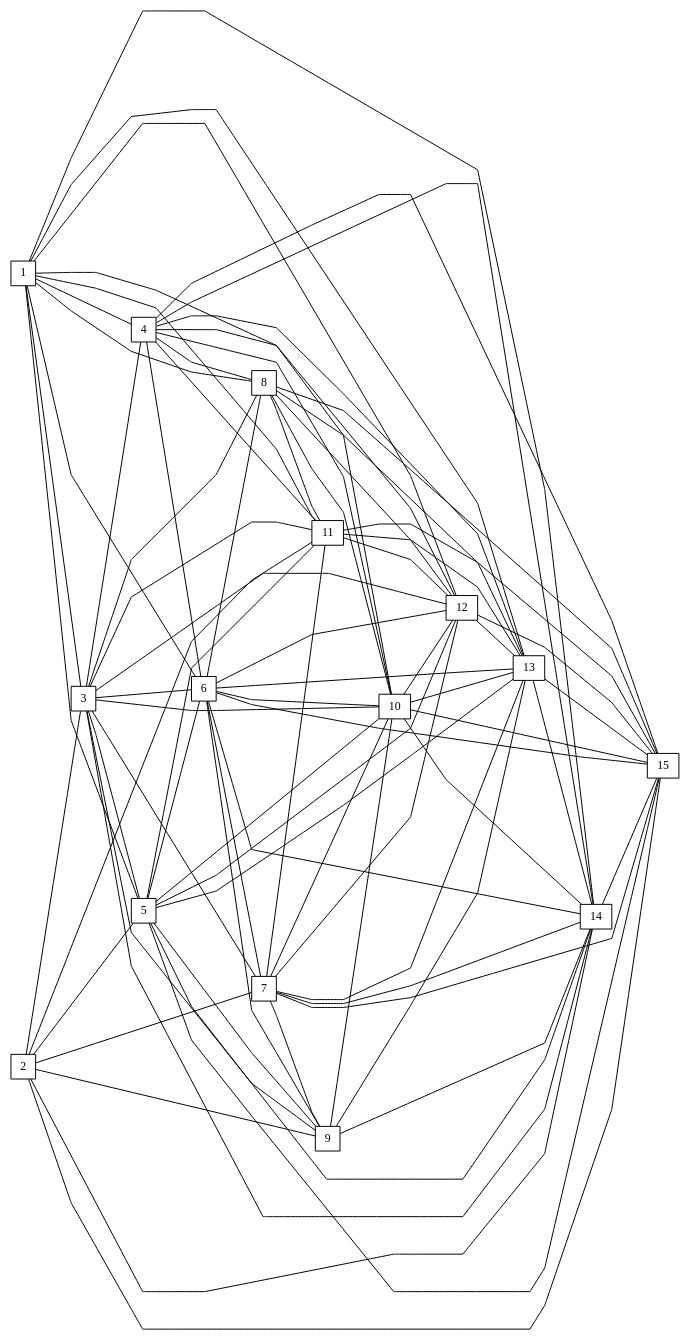
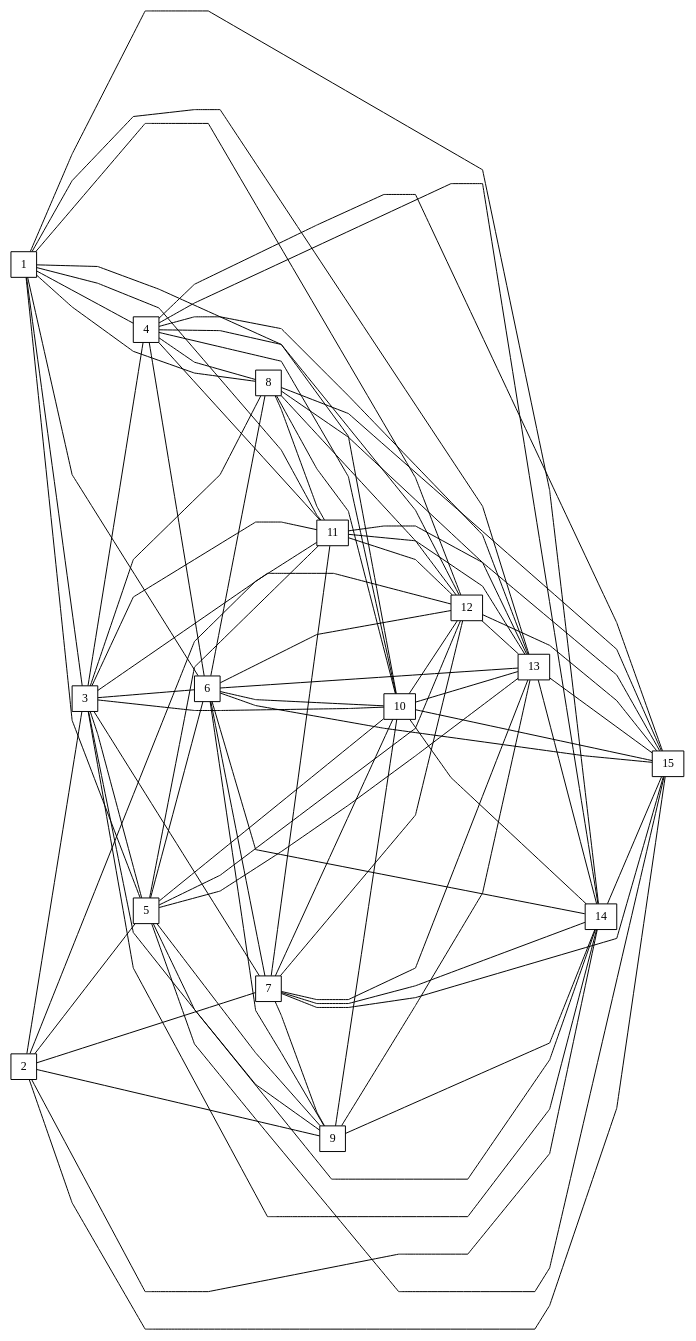
Before and after one commit to LSI-UniKonstanz/vanted: the diagram in stressminimization/Graphs/Custom/15-node-graph.dot, drawn with Graphviz. The commit also changed 4 other files, not shown here.

```diff
--- a/stressminimization/Graphs/Custom/15-node-graph.dot
+++ b/stressminimization/Graphs/Custom/15-node-graph.dot
@@ -1,97 +1,97 @@
 graph myGraph {
 node [label="\N", shape=box, fontsize=12];
-graph [overlap="false",splines="polyline",rankdir="LR",bb="0,0,456,458"]
-    1 [ label = "1" , height="0.35", width="0.35", pos="369,349"];
-    2 [ label = "2" , height="0.35", width="0.35", pos="302,388"];
-    3 [ label = "3" , height="0.35", width="0.35", pos="225,396"];
-    4 [ label = "4" , height="0.35", width="0.35", pos="151,372"];
-    5 [ label = "5" , height="0.35", width="0.35", pos="94,320"];
-    6 [ label = "6" , height="0.35", width="0.35", pos="62,249"];
-    7 [ label = "7" , height="0.35", width="0.35", pos="62,172"];
-    8 [ label = "8" , height="0.35", width="0.35", pos="415,286"];
-    9 [ label = "9" , height="0.35", width="0.35", pos="94,101"];
-    10 [ label = "10" , height="0.35", width="0.35", pos="151,49"];
-    11 [ label = "11" , height="0.35", width="0.35", pos="225,25"];
-    12 [ label = "12" , height="0.35", width="0.35", pos="302,33"];
-    13 [ label = "13" , height="0.35", width="0.35", pos="369,72"];
-    14 [ label = "14" , height="0.35", width="0.35", pos="415,134"];
-    15 [ label = "15" , height="0.35", width="0.35", pos="431,210"];
+graph [overlap="false",splines="polyline",rankdir="LR",bb="0,0,393,398"]
+    1 [ label = "1" , height="0.36", width="0.36", pos="139,97"];
+    2 [ label = "2" , height="0.36", width="0.36", pos="237,335"];
+    3 [ label = "3" , height="0.36", width="0.36", pos="213,184"];
+    4 [ label = "4" , height="0.36", width="0.36", pos="63,125"];
+    5 [ label = "5" , height="0.36", width="0.36", pos="297,173"];
+    6 [ label = "6" , height="0.36", width="0.36", pos="265,41"];
+    7 [ label = "7" , height="0.36", width="0.36", pos="278,245"];
+    8 [ label = "8" , height="0.36", width="0.36", pos="100,26"];
+    9 [ label = "9" , height="0.36", width="0.36", pos="367,225"];
+    10 [ label = "10" , height="0.36", width="0.36", pos="311,96"];
+    11 [ label = "11" , height="0.36", width="0.36", pos="95,232"];
+    12 [ label = "12" , height="0.36", width="0.36", pos="188,26"];
+    13 [ label = "13" , height="0.36", width="0.36", pos="221,115"];
+    14 [ label = "14" , height="0.36", width="0.36", pos="185,260"];
+    15 [ label = "15" , height="0.36", width="0.36", pos="144,173"];
     1 -- 3;
     1 -- 4;
     1 -- 5;
     1 -- 6;
     1 -- 8;
     1 -- 10;
     1 -- 11;
     1 -- 12;
     1 -- 13;
     1 -- 14;
     2 -- 3;
     2 -- 5;
     2 -- 7;
     2 -- 9;
     2 -- 11;
     2 -- 14;
     2 -- 15;
     3 -- 4;
     3 -- 5;
     3 -- 6;
     3 -- 7;
     3 -- 8;
     3 -- 9;
     3 -- 10;
     3 -- 11;
     3 -- 12;
     3 -- 14;
     4 -- 6;
     4 -- 8;
     4 -- 10;
     4 -- 11;
     4 -- 12;
     4 -- 13;
     4 -- 14;
     4 -- 15;
     5 -- 6;
     5 -- 9;
     5 -- 10;
     5 -- 11;
     5 -- 12;
     5 -- 13;
     5 -- 14;
     5 -- 15;
     6 -- 7;
     6 -- 8;
     6 -- 9;
     6 -- 10;
     6 -- 12;
     6 -- 13;
     6 -- 14;
     6 -- 15;
     7 -- 9;
     7 -- 10;
     7 -- 11;
     7 -- 12;
     7 -- 13;
     7 -- 14;
     7 -- 15;
     8 -- 10;
     8 -- 11;
     8 -- 12;
     8 -- 13;
     8 -- 15;
     9 -- 10;
     9 -- 13;
     9 -- 14;
     10 -- 12;
     10 -- 13;
     10 -- 14;
     10 -- 15;
     11 -- 12;
     11 -- 13;
     11 -- 15;
     12 -- 13;
     12 -- 15;
     13 -- 14;
     13 -- 15;
     14 -- 15;
 }
```
